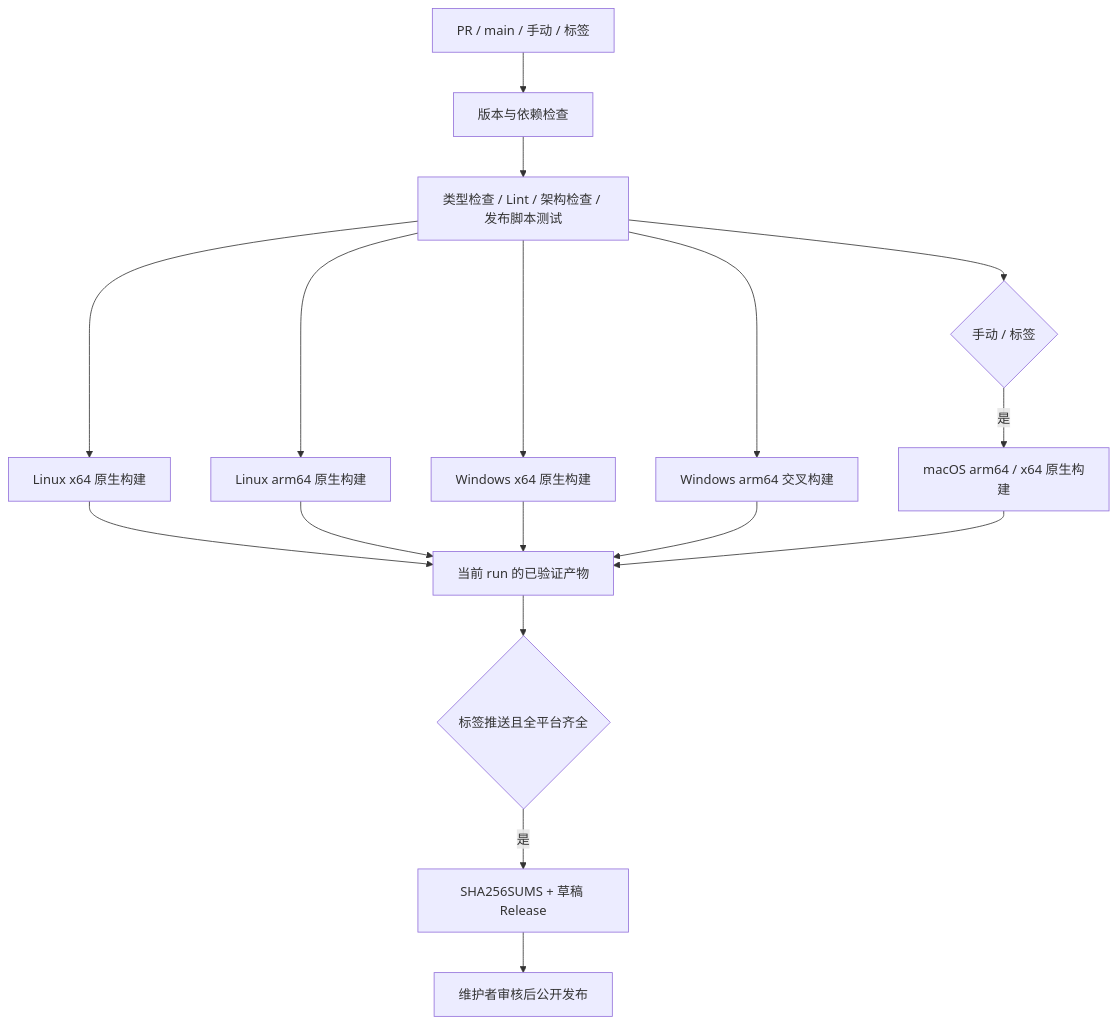
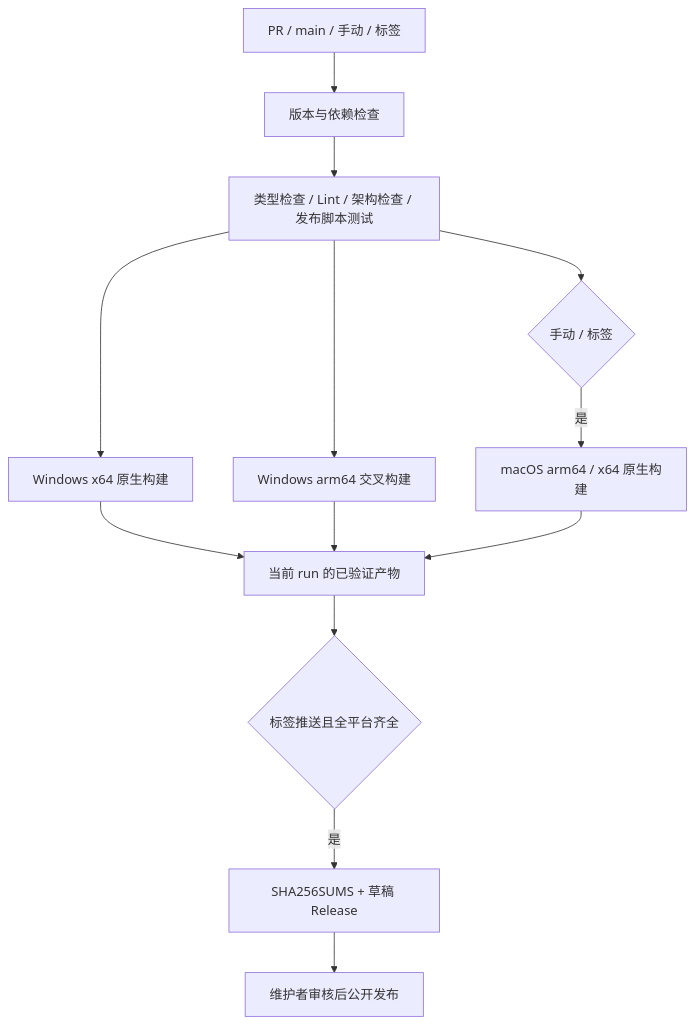
One commit to No-ni/ZCodium changed the diagram in .agents/specs/desktop-ci-release.md. Above: the diagram before and after it, drawn with Mermaid. The commit also changed other lines of this file and 23 other files, not shown here.

````diff
--- a/.agents/specs/desktop-ci-release.md
+++ b/.agents/specs/desktop-ci-release.md
@@ -28,19 +23,15 @@
 ```mermaid
 flowchart TD
   A[PR / main / 手动 / 标签] --> B[版本与依赖检查]
   B --> C[类型检查 / Lint / 架构检查 / 发布脚本测试]
-  C --> D[Linux x64 原生构建]
-  C --> E[Linux arm64 原生构建]
   C --> F[Windows x64 原生构建]
   C --> G[Windows arm64 交叉构建]
   C --> M{手动 / 标签}
   M -->|是| H[macOS arm64 / x64 原生构建]
-  D --> I[当前 run 的已验证产物]
-  E --> I
-  F --> I
+  F --> I[当前 run 的已验证产物]
   G --> I
   H --> I
   I --> J{标签推送且全平台齐全}
   J -->|是| K[SHA256SUMS + 草稿 Release]
   K --> L[维护者审核后公开发布]
 ```
````
